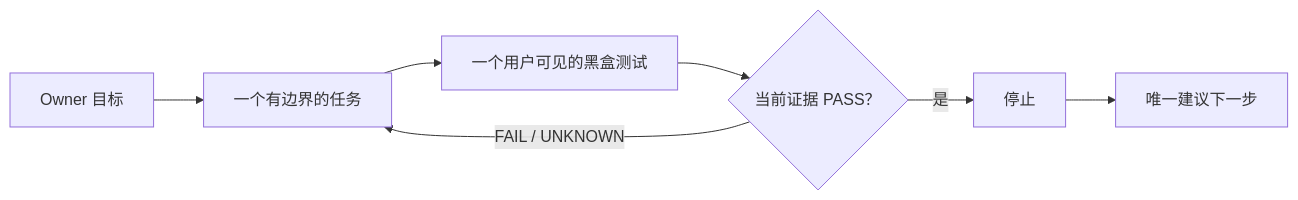
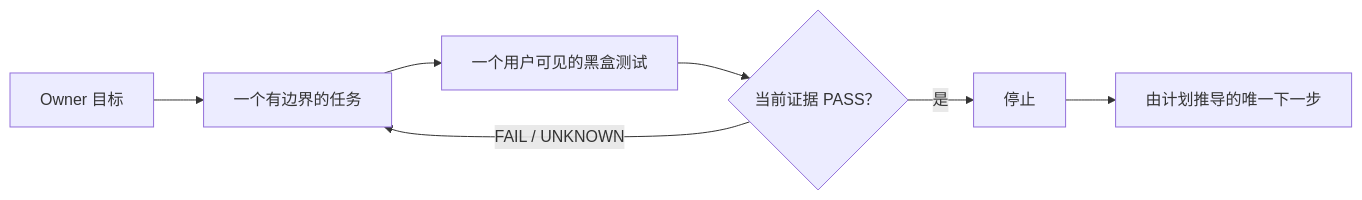
Before and after one commit to t01089572455/oh-no-codex: the diagram in README.zh-CN.md, drawn with Mermaid. The commit also changed other lines of this file and 8 other files, not shown here.

````diff
--- a/README.zh-CN.md
+++ b/README.zh-CN.md
@@ -74,9 +76,9 @@
 ```mermaid
 flowchart LR
     A["Owner 目标"] --> B["一个有边界的任务"]
     B --> C["一个用户可见的黑盒测试"]
     C --> D{"当前证据 PASS？"}
     D -- "FAIL / UNKNOWN" --> B
     D -- "是" --> E["停止"]
-    E --> F["唯一建议下一步"]
+    E --> F["由计划推导的唯一下一步"]
 ```
````
